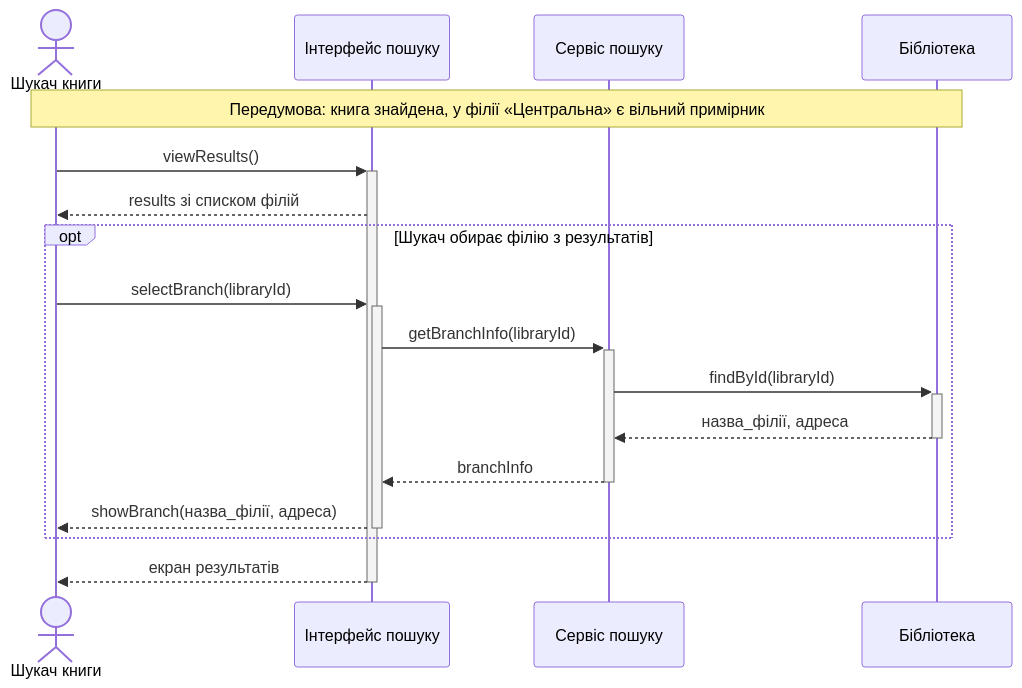
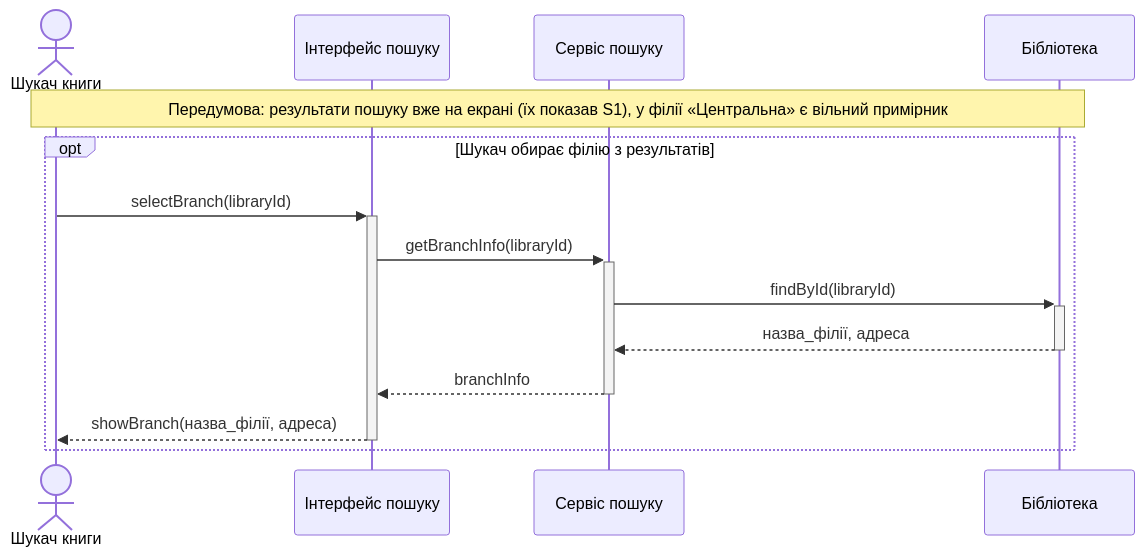
One commit to QkiS-00/se-requirements changed the diagram in lab3/docs/seq-s5.md. Above: the diagram before and after it, drawn with Mermaid. The commit also changed other lines of this file, not shown here.

Commit message:
Прибрав зайвий крок viewResults у S5: передумова в Note, перший крок — вибір філії

````diff
--- a/lab3/docs/seq-s5.md
+++ b/lab3/docs/seq-s5.md
@@ -3,20 +3,17 @@
 ```mermaid
 sequenceDiagram
     actor U as Шукач книги
     participant UI as Інтерфейс пошуку
     participant SS as Сервіс пошуку
     participant B as Бібліотека
 
-    Note over U,B: Передумова: книга знайдена, у філії «Центральна» є вільний примірник
-    U->>+UI: viewResults()
-    UI-->>U: results зі списком філій
+    Note over U,B: Передумова: результати пошуку вже на екрані (їх показав S1), у філії «Центральна» є вільний примірник
     opt Шукач обирає філію з результатів
         U->>+UI: selectBranch(libraryId)
         UI->>+SS: getBranchInfo(libraryId)
         SS->>+B: findById(libraryId)
         B-->>-SS: назва_філії, адреса
         SS-->>-UI: branchInfo
         UI-->>-U: showBranch(назва_філії, адреса)
     end
-    UI-->>-U: екран результатів
 ```
````
